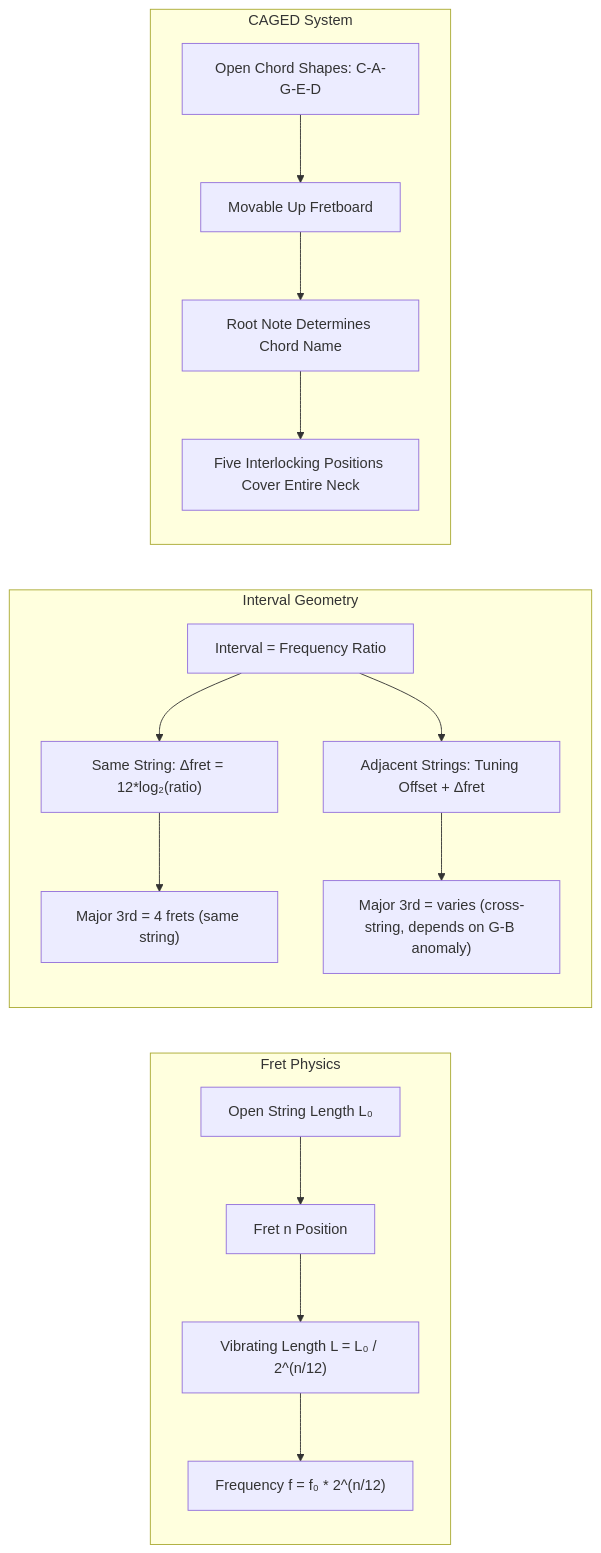
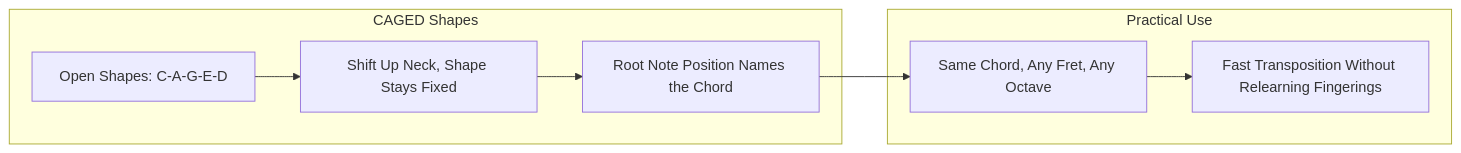
One commit to blebleblee/synapse changed the fourth of 5 diagrams in topics/arts/music_performance/acoustic_guitar/labs.md. Above: the diagram before and after it, drawn with Mermaid. The commit also changed other lines of this file and 4 other files, not shown here.

````diff
--- a/topics/arts/music_performance/acoustic_guitar/labs.md
+++ b/topics/arts/music_performance/acoustic_guitar/labs.md
@@ -575,19 +313,11 @@
 ```mermaid
 graph LR
-    subgraph sub_fret_physics ["Fret Physics"]
-        A["Open String Length L₀"] --> B["Fret n Position"]
-        B --> C["Vibrating Length L = L₀ / 2^(n/12)"]
-        C --> D["Frequency f = f₀ * 2^(n/12)"]
+    subgraph sub_caged ["CAGED Shapes"]
+        A["Open Shapes: C-A-G-E-D"] --> B["Shift Up Neck, Shape Stays Fixed"]
+        B --> C["Root Note Position Names the Chord"]
     end
-    subgraph sub_interval_geometry ["Interval Geometry"]
-        E["Interval = Frequency Ratio"] --> F["Same String: Δfret = 12*log₂(ratio)"]
-        E --> G["Adjacent Strings: Tuning Offset + Δfret"]
-        F --> H["Major 3rd = 4 frets (same string)"]
-        G --> I["Major 3rd = varies (cross-string, depends on G-B anomaly)"]
-    end
-    subgraph sub_caged ["CAGED System"]
-        J["Open Chord Shapes: C-A-G-E-D"] --> K["Movable Up Fretboard"]
-        K --> L["Root Note Determines Chord Name"]
-        L --> M["Five Interlocking Positions Cover Entire Neck"]
+    subgraph sub_application ["Practical Use"]
+        C --> D["Same Chord, Any Fret, Any Octave"]
+        D --> E["Fast Transposition Without Relearning Fingerings"]
     end
 ```
````
